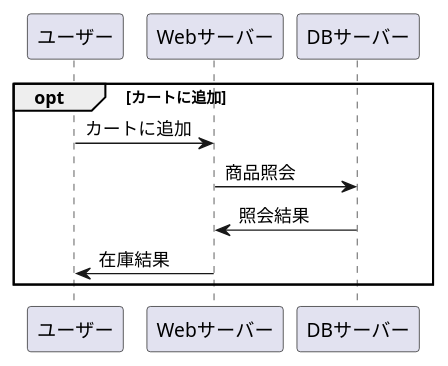
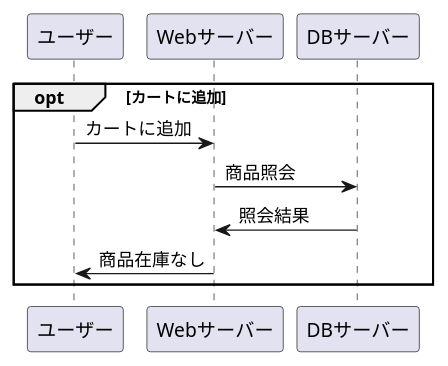
Before and after one commit to Aso2001184/2021sys-design: the diagram in 商品在庫なし.md, drawn with PlantUML.

````diff
--- a/商品在庫なし.md
+++ b/商品在庫なし.md
@@ -1,12 +1,12 @@
 ```uml
 @startuml
 
 opt カートに追加
 ユーザー -> Webサーバー : カートに追加
 Webサーバー -> DBサーバー : 商品照会
 DBサーバー -> Webサーバー : 照会結果
-Webサーバー -> ユーザー : 在庫結果
+Webサーバー -> ユーザー : 商品在庫なし
 end
 
 @enduml
 ```
````
